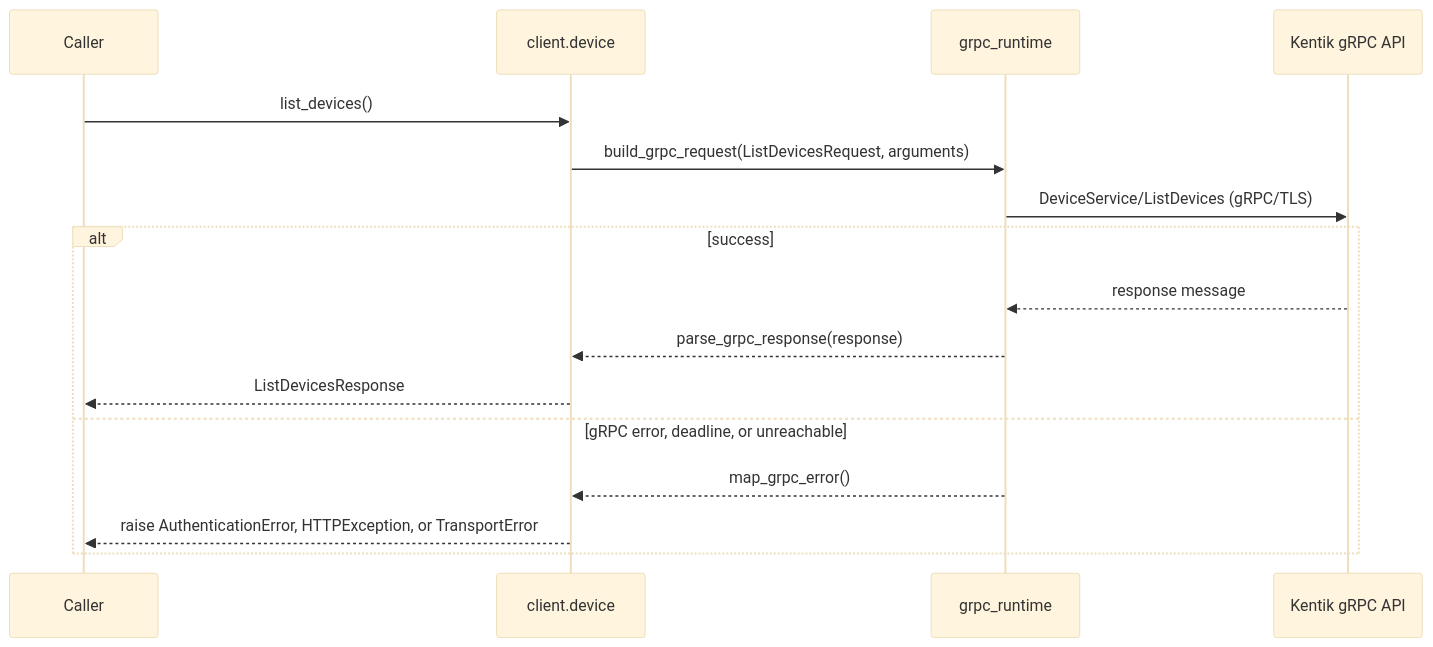
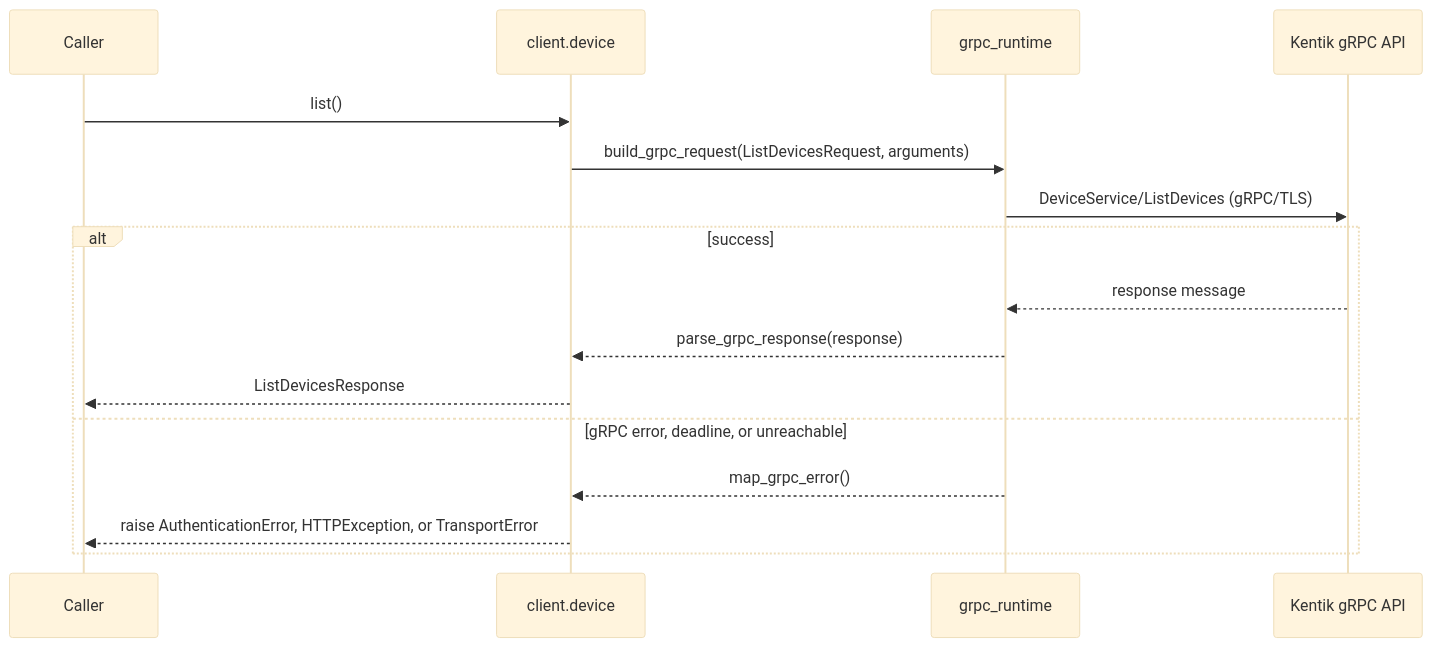
Before and after one commit to alexdearaujo/community_sdk_python: the third of 22 diagrams in docs/sphinx/services/device.md, drawn with Mermaid (base theme). The commit also changed other lines of this file and 119 other files, not shown here.

````diff
--- a/docs/sphinx/services/device.md
+++ b/docs/sphinx/services/device.md
@@ -59,19 +59,19 @@
 ```mermaid
 sequenceDiagram
     participant C as Caller
     participant W as client.device
     participant R as grpc_runtime
     participant API as Kentik gRPC API
 
-    C->>W: list_devices()
+    C->>W: list()
     W->>R: build_grpc_request(ListDevicesRequest, arguments)
     R->>API: DeviceService/ListDevices (gRPC/TLS)
     alt success
         API-->>R: response message
         R-->>W: parse_grpc_response(response)
         W-->>C: ListDevicesResponse
     else gRPC error, deadline, or unreachable
         R-->>W: map_grpc_error()
         W-->>C: raise AuthenticationError, HTTPException, or TransportError
     end
 ```
````
